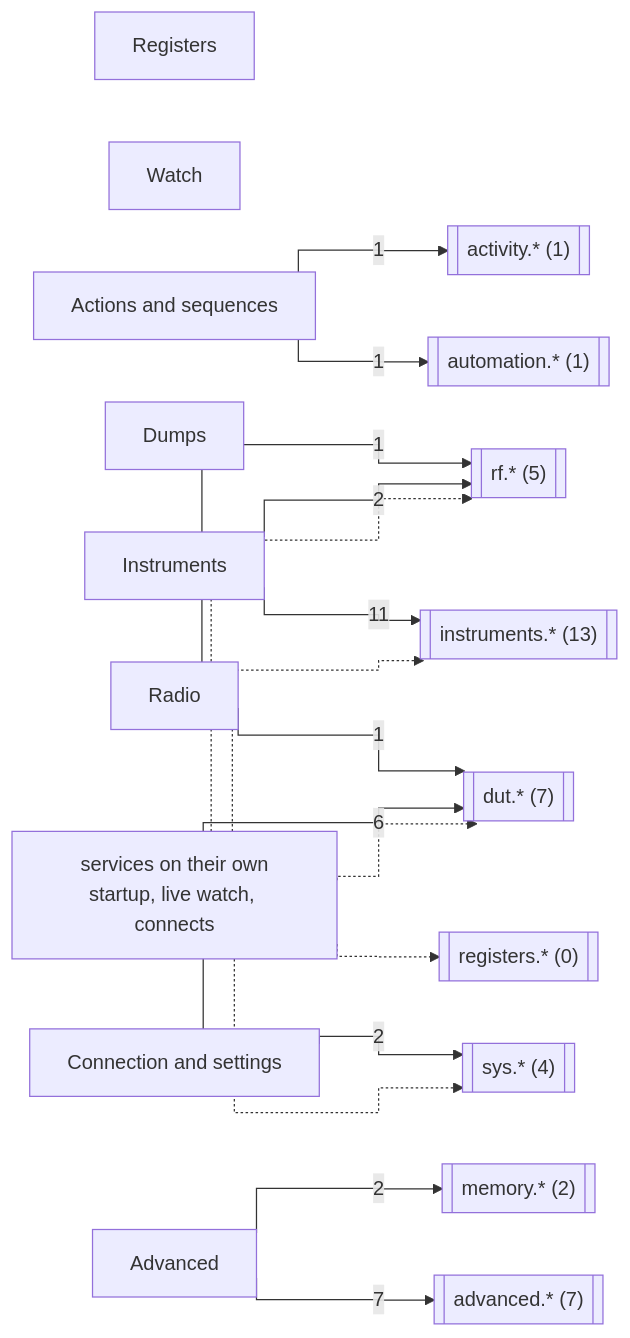
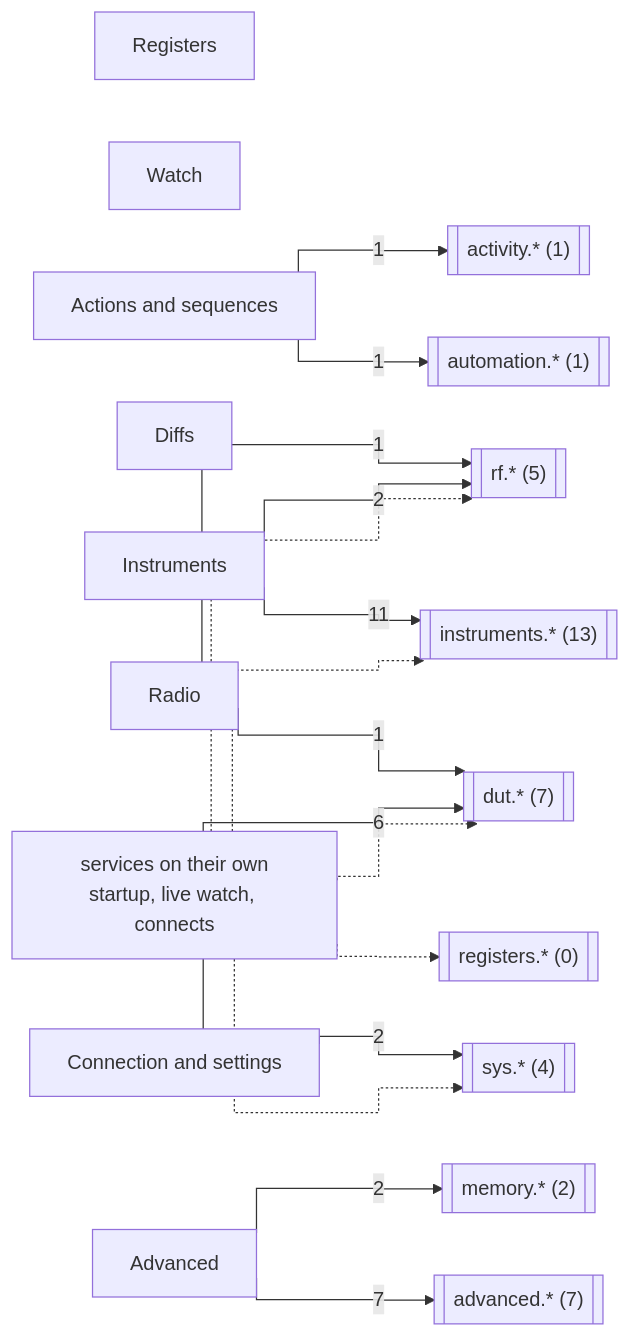
One commit to ShoyonK/sample_ui changed diagram 24 of 30 in docs/ARCHITECTURE.md. Above: the diagram before and after it, drawn with Mermaid. The commit also changed 9 other files, not shown here.

First line of the commit message:
Rename the Dumps page to Diffs and enrich the demo data

````diff
--- a/docs/ARCHITECTURE.md
+++ b/docs/ARCHITECTURE.md
@@ -885,37 +885,37 @@
 ```mermaid
 %%{init: {"flowchart": {"curve": "stepBefore"}}}%%
 flowchart LR
     Registers["Registers"]
     Watch["Watch"]
     Actions_and_sequences["Actions and sequences"]
-    Dumps["Dumps"]
+    Diffs["Diffs"]
     Radio["Radio"]
     Instruments["Instruments"]
     Advanced["Advanced"]
     Connection_and_settings["Connection and settings"]
     ns_sys[["sys.* (4)"]]
     ns_dut[["dut.* (7)"]]
     ns_registers[["registers.* (0)"]]
     ns_rf[["rf.* (5)"]]
     ns_automation[["automation.* (1)"]]
     ns_activity[["activity.* (1)"]]
     ns_instruments[["instruments.* (13)"]]
     ns_memory[["memory.* (2)"]]
     ns_advanced[["advanced.* (7)"]]
     Actions_and_sequences -->|1| ns_automation
     Actions_and_sequences -->|1| ns_activity
     Radio -->|1| ns_dut
     Radio -->|1| ns_rf
     Instruments -->|11| ns_instruments
     Instruments -->|2| ns_rf
     Advanced -->|7| ns_advanced
     Advanced -->|2| ns_memory
     Connection_and_settings -->|6| ns_dut
     Connection_and_settings -->|2| ns_sys
     bgsvc["services on their own<br/>startup, live watch, connects"]
     bgsvc -.-> ns_sys
     bgsvc -.-> ns_registers
     bgsvc -.-> ns_rf
     bgsvc -.-> ns_instruments
     bgsvc -.-> ns_dut
 ```
````
